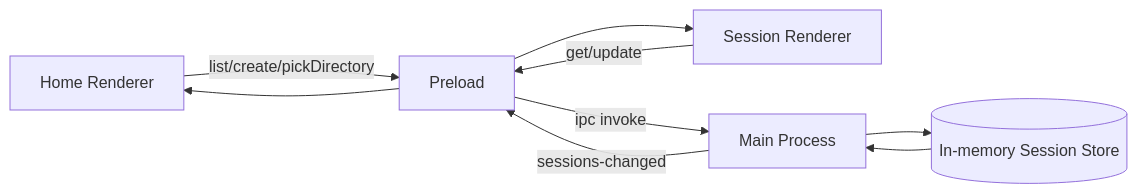
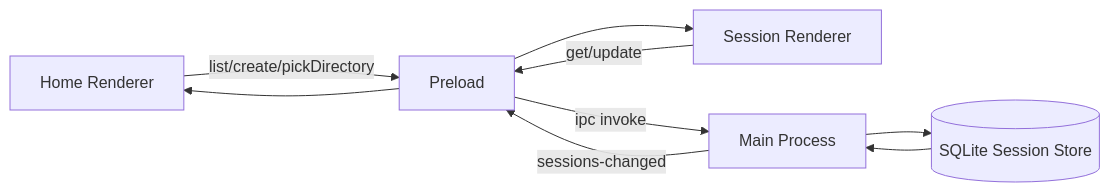
The diagram in docs/design/electron-session-store.md (natumekazuki/WithMate), drawn with Mermaid before and after one commit. The commit also changed other lines of this file and 14 other files, not shown here.

````diff
--- a/docs/design/electron-session-store.md
+++ b/docs/design/electron-session-store.md
@@ -50,11 +53,11 @@
 ```mermaid
 flowchart LR
     HR[Home Renderer] -->|list/create/pickDirectory| PL[Preload]
     SR[Session Renderer] -->|get/update| PL
     PL -->|ipc invoke| MP[Main Process]
-    MP --> STORE[(In-memory Session Store)]
+    MP --> STORE[(SQLite Session Store)]
     STORE --> MP
     MP -->|sessions-changed| PL
     PL --> HR
     PL --> SR
 ```
````
